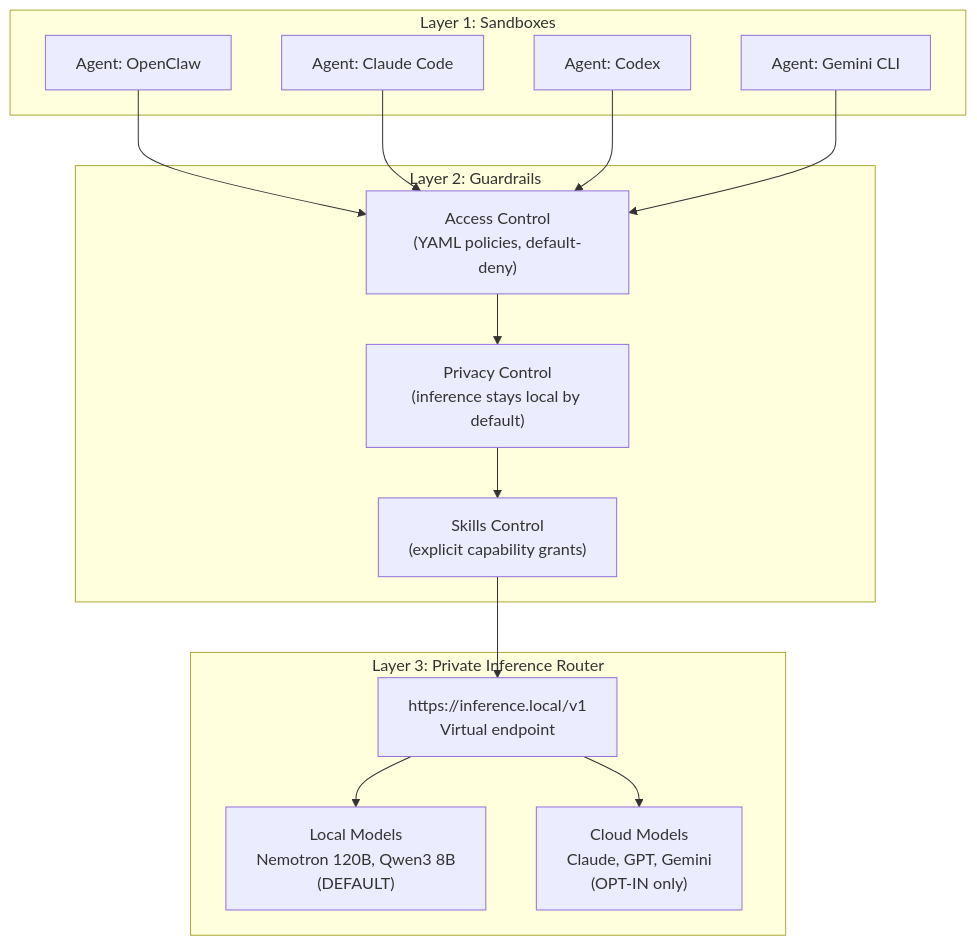
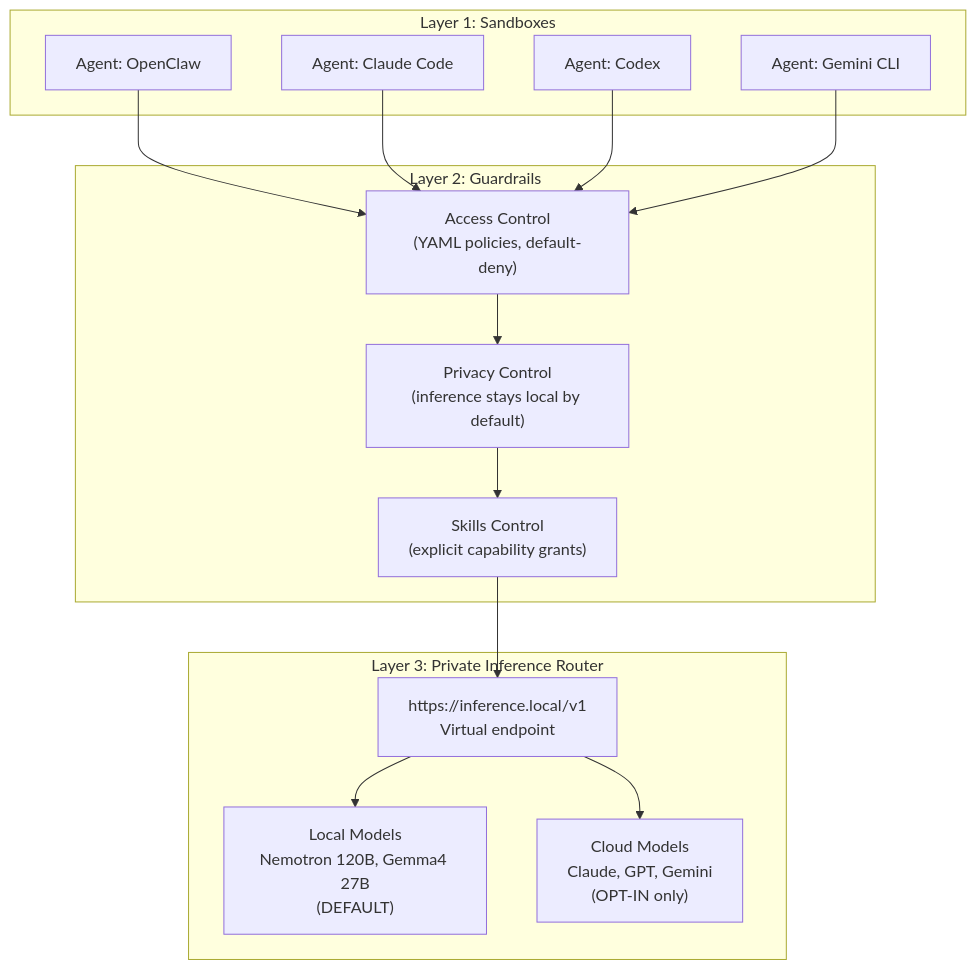
Before and after one commit to macayaven/nemoclaw: the second of 2 diagrams in articles/part1-deployment.md, drawn with Mermaid. The commit also changed other lines of this file and 18 other files, not shown here.

First line of the commit message:
Consolidate docs for two-node topology: Nemotron + Gemma 4

````diff
--- a/articles/part1-deployment.md
+++ b/articles/part1-deployment.md
@@ -107,26 +97,26 @@
 ```mermaid
 graph TD
     A1["Agent: OpenClaw"] --> G
     A2["Agent: Claude Code"] --> G
     A3["Agent: Codex"] --> G
     A4["Agent: Gemini CLI"] --> G
 
     subgraph "Layer 1: Sandboxes"
         A1
         A2
         A3
         A4
     end
 
     subgraph "Layer 2: Guardrails"
         G["Access Control\n(YAML policies, default-deny)"]
         G --> P["Privacy Control\n(inference stays local by default)"]
         P --> S["Skills Control\n(explicit capability grants)"]
     end
 
     subgraph "Layer 3: Private Inference Router"
         S --> IR["https://inference.local/v1\nVirtual endpoint"]
-        IR --> L["Local Models\nNemotron 120B, Qwen3 8B\n(DEFAULT)"]
+        IR --> L["Local Models\nNemotron 120B, Gemma4 27B\n(DEFAULT)"]
         IR --> C["Cloud Models\nClaude, GPT, Gemini\n(OPT-IN only)"]
     end
 ```
````
